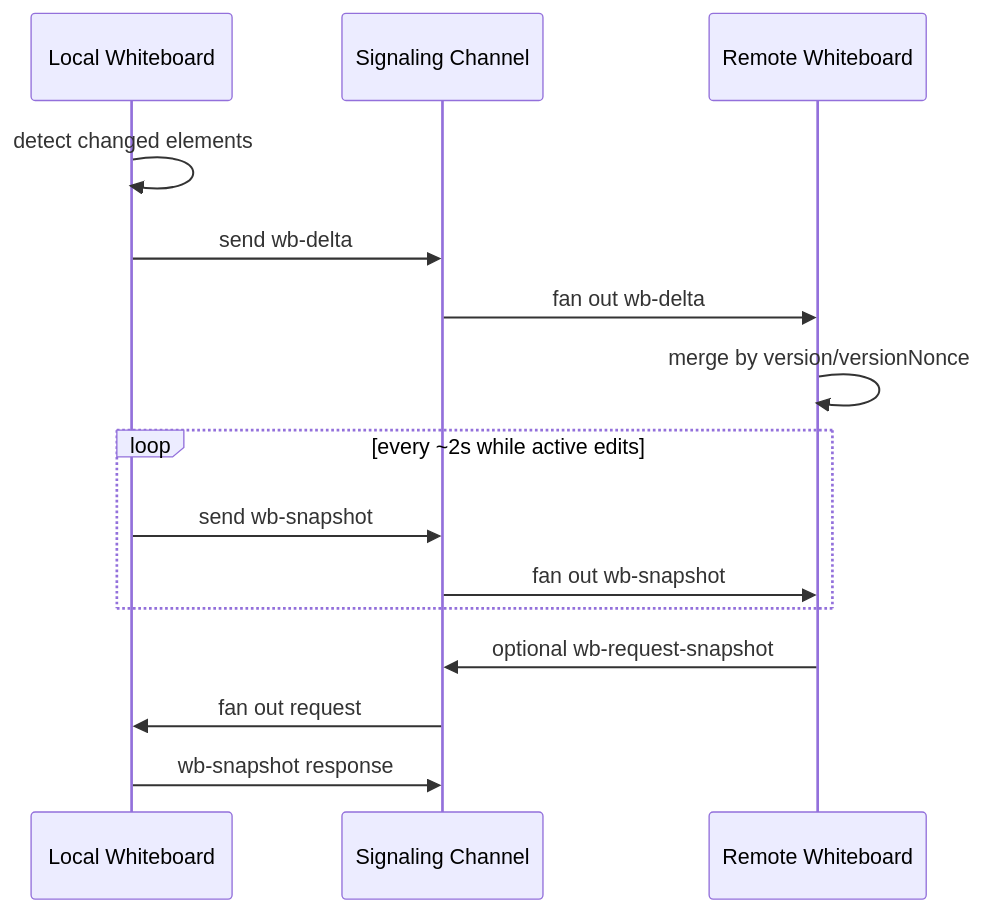
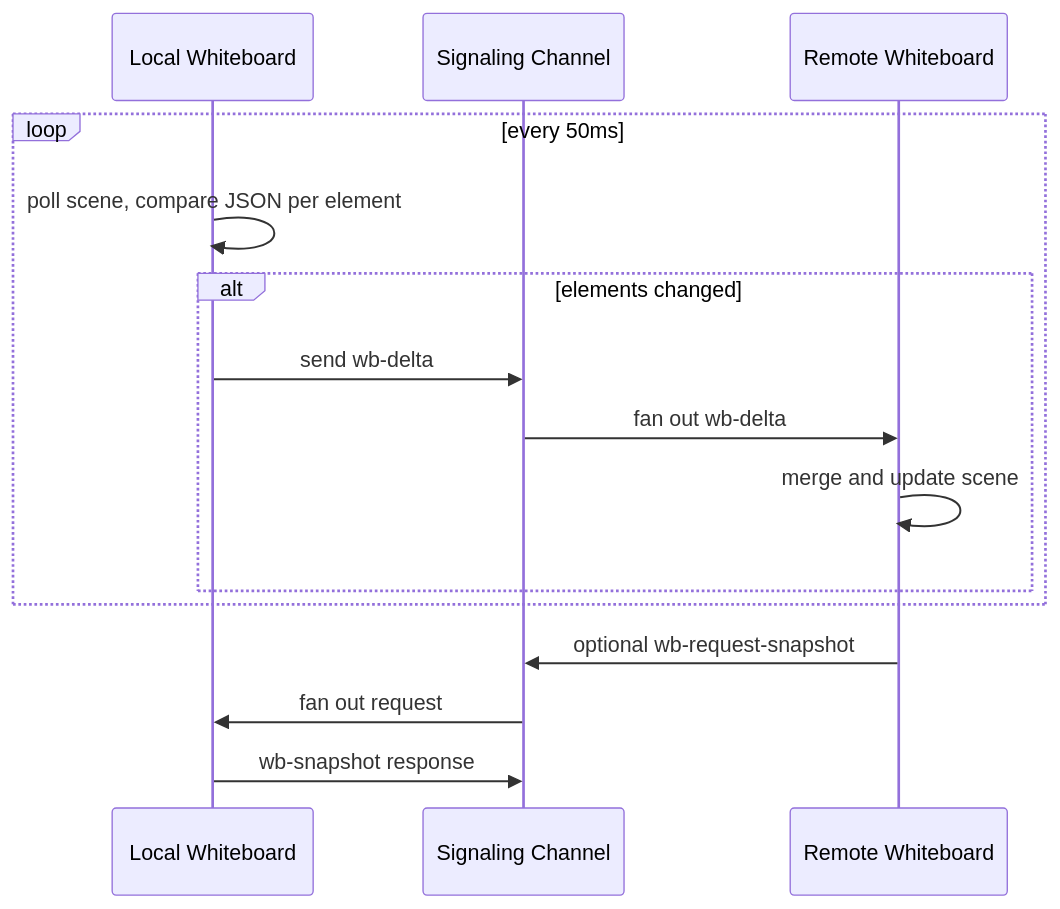
Before and after one commit to arjak-roy/janus: the first of 2 diagrams in docs/WHITEBOARD_SYNC.md, drawn with Mermaid. The commit also changed other lines of this file and 5 other files, not shown here.

````diff
--- a/docs/WHITEBOARD_SYNC.md
+++ b/docs/WHITEBOARD_SYNC.md
@@ -81,20 +81,19 @@
 ```mermaid
 sequenceDiagram
   participant Local as Local Whiteboard
   participant Signal as Signaling Channel
   participant Remote as Remote Whiteboard
 
-  Local->>Local: detect changed elements
-  Local->>Signal: send wb-delta
-  Signal->>Remote: fan out wb-delta
-  Remote->>Remote: merge by version/versionNonce
-
-  loop every ~2s while active edits
-    Local->>Signal: send wb-snapshot
-    Signal->>Remote: fan out wb-snapshot
+  loop every 50ms
+    Local->>Local: poll scene, compare JSON per element
+    alt elements changed
+      Local->>Signal: send wb-delta
+      Signal->>Remote: fan out wb-delta
+      Remote->>Remote: merge and update scene
+    end
   end
 
   Remote->>Signal: optional wb-request-snapshot
   Signal->>Local: fan out request
   Local->>Signal: wb-snapshot response
 ```
````
